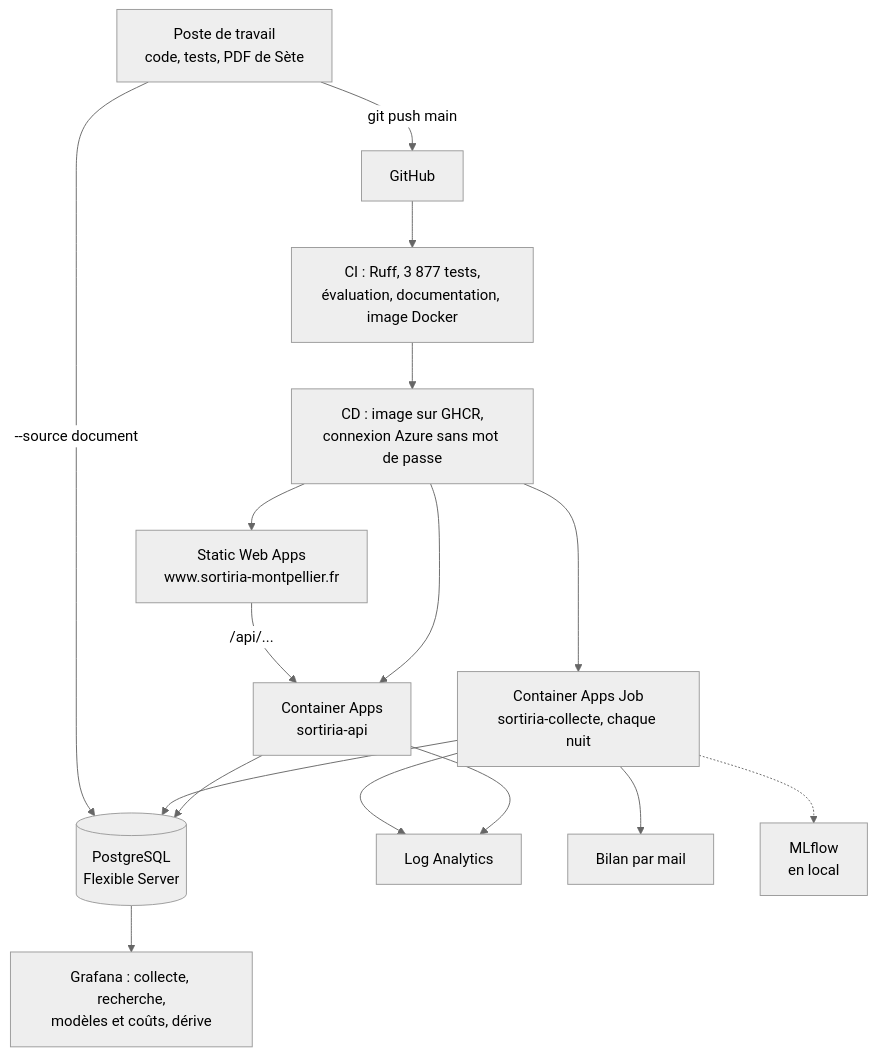
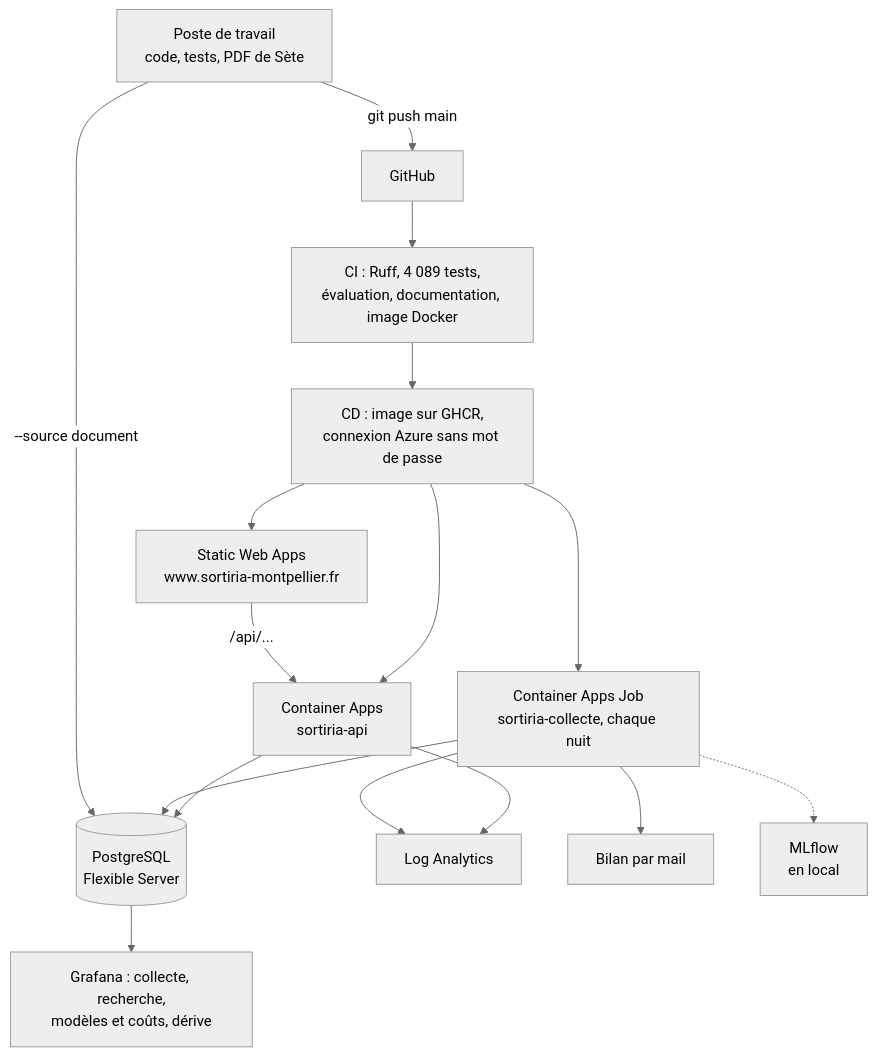
One commit to gonzalezcourrier34-glitch/SortirIA changed the second of 2 diagrams in docs/architecture.md. Above: the diagram before and after it, drawn with Mermaid (neutral theme). The commit also changed 17 other files, not shown here.

````diff
--- a/docs/architecture.md
+++ b/docs/architecture.md
@@ -50,17 +50,17 @@
 ```mermaid
 flowchart TB
     Dev[Poste de travail<br/>code, tests, PDF de Sète] -->|git push main| GH[GitHub]
-    GH --> CI[CI : Ruff, 3 877 tests,<br/>évaluation, documentation, image Docker]
+    GH --> CI[CI : Ruff, 4 089 tests,<br/>évaluation, documentation, image Docker]
     CI --> CD[CD : image sur GHCR,<br/>connexion Azure sans mot de passe]
     CD --> API[Container Apps<br/>sortiria-api]
     CD --> JOB[Container Apps Job<br/>sortiria-collecte, chaque nuit]
     CD --> SWA[Static Web Apps<br/>www.sortiria-montpellier.fr]
     SWA -->|/api/...| API
     API --> PG[(PostgreSQL<br/>Flexible Server)]
     JOB --> PG
     API & JOB --> LA[Log Analytics]
     JOB --> MAIL[Bilan par mail]
     PG --> GR[Grafana : collecte, recherche,<br/>modèles et coûts, dérive]
     JOB -.-> ML[MLflow<br/>en local]
     Dev -->|--source document| PG
 ```
````
